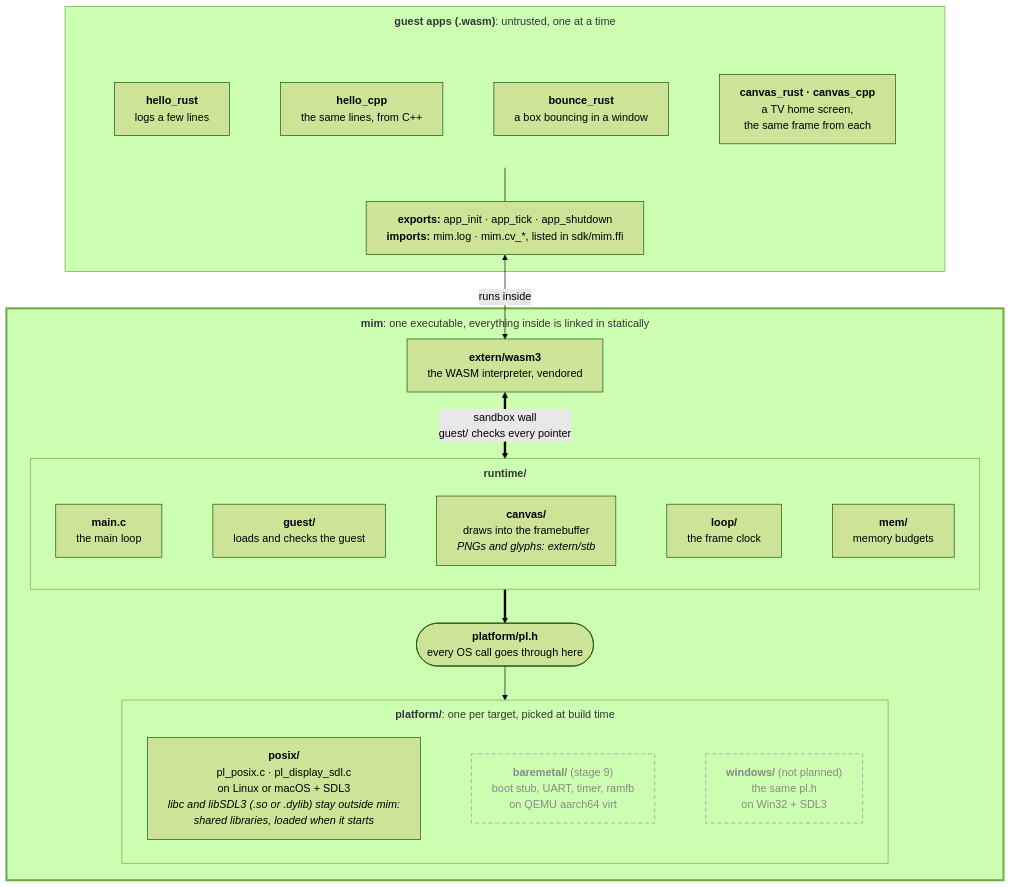
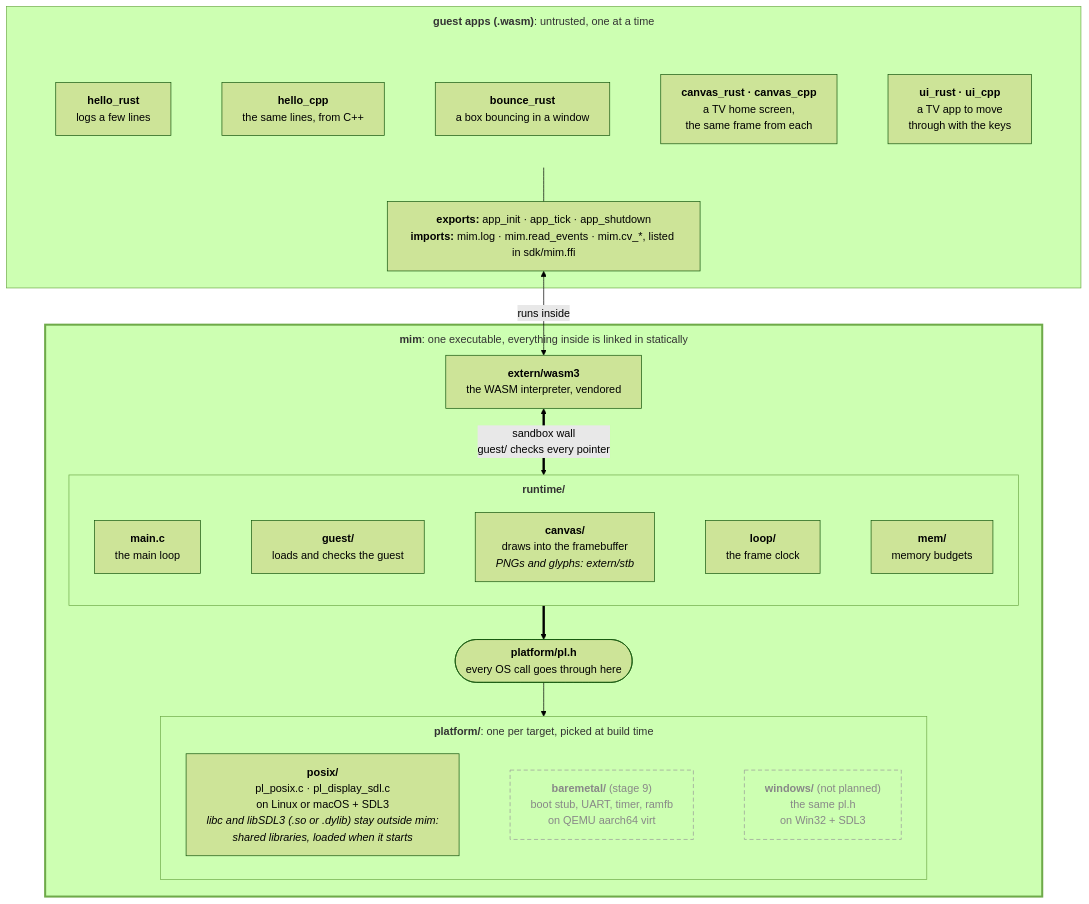
The first of 3 diagrams in README.md (arinal/mim), drawn with Mermaid (forest theme) before and after one commit. The commit also changed other lines of this file and 32 other files, not shown here.

````diff
--- a/README.md
+++ b/README.md
@@ -17,53 +17,54 @@
 ```mermaid
 %%{init: {"flowchart": {"wrappingWidth": 400, "subGraphTitleMargin": {"top": 10, "bottom": 10}}}}%%
 flowchart TB
     accTitle: How MIM fits together
-    accDescr: Everything except the guest apps is one executable, mim; on Linux it loads libc and libSDL3 as shared libraries. Five untrusted WASM guest apps (hello_rust, hello_cpp, bounce_rust, and canvas_rust and canvas_cpp), loaded one at a time, run inside the wasm3 interpreter. Their imports reach the runtime's guest loader, which checks every pointer and passes drawing calls to the canvas, which draws into the framebuffer, using stb for PNGs and glyphs. The runtime reaches the OS only through platform/pl.h. Linux implements it today; bare metal in QEMU is planned for stage 9, and Windows is not planned.
+    accDescr: Everything except the guest apps is one executable, mim; on Linux it loads libc and libSDL3 as shared libraries. Seven untrusted WASM guest apps (hello_rust, hello_cpp, bounce_rust, canvas_rust and canvas_cpp, and ui_rust and ui_cpp), loaded one at a time, run inside the wasm3 interpreter. Their imports reach the runtime's guest loader, which checks every pointer and passes drawing calls to the canvas, which draws into the framebuffer, using stb for PNGs and glyphs. The runtime reaches the OS only through platform/pl.h. Linux implements it today; bare metal in QEMU is planned for stage 9, and Windows is not planned.
 
     subgraph apps["<b>guest apps (.wasm)</b>: untrusted, one at a time"]
         subgraph list[" "]
             direction LR
             hello_rust["<b>hello_rust</b><br/>logs a few lines"]
             hello_cpp["<b>hello_cpp</b><br/>the same lines, from C++"]
             bounce_rust["<b>bounce_rust</b><br/>a box bouncing in a window"]
             demo["<b>canvas_rust · canvas_cpp</b><br/>a TV home screen,<br/>the same frame from each"]
-            hello_rust ~~~ hello_cpp ~~~ bounce_rust ~~~ demo
+            ui["<b>ui_rust · ui_cpp</b><br/>a TV app to move<br/>through with the keys"]
+            hello_rust ~~~ hello_cpp ~~~ bounce_rust ~~~ demo ~~~ ui
         end
-        abi["<b>exports:</b> app_init · app_tick · app_shutdown<br/><b>imports:</b> mim.log · mim.cv_*, listed in sdk/mim.ffi"]
+        abi["<b>exports:</b> app_init · app_tick · app_shutdown<br/><b>imports:</b> mim.log · mim.read_events · mim.cv_*, listed in sdk/mim.ffi"]
         list --- abi
     end
 
     subgraph mim["<b>mim</b>: one executable, everything inside is linked in statically"]
         wasm3["<b>extern/wasm3</b><br/>the WASM interpreter, vendored"]
 
         subgraph runtime["<b>runtime/</b>"]
             direction LR
             main["<b>main.c</b><br/>the main loop"]
             loader["<b>guest/</b><br/>loads and checks the guest"]
             canvas["<b>canvas/</b><br/>draws into the framebuffer<br/><i>PNGs and glyphs: extern/stb</i>"]
             loop["<b>loop/</b><br/>the frame clock"]
             mem["<b>mem/</b><br/>memory budgets"]
             main ~~~ loader ~~~ canvas ~~~ loop ~~~ mem
         end
 
         pl(["<b>platform/pl.h</b><br/>every OS call goes through here"])
 
         subgraph platforms["<b>platform/</b>: one per target, picked at build time"]
             direction LR
             posix["<b>posix/</b><br/>pl_posix.c · pl_display_sdl.c<br/>on Linux or macOS + SDL3<br/><i>libc and libSDL3 (.so or .dylib) stay outside mim:<br/>shared libraries, loaded when it starts</i>"]
             baremetal["<b>baremetal/</b> (stage 9)<br/>boot stub, UART, timer, ramfb<br/>on QEMU aarch64 virt"]
             windows["<b>windows/</b> (not planned)<br/>the same pl.h<br/>on Win32 + SDL3"]
             posix ~~~ baremetal ~~~ windows
         end
     end
 
     abi <-- "runs inside" --> wasm3
     wasm3 <== "sandbox wall<br/>guest/ checks every pointer" ==> runtime
     runtime ==> pl
     pl --> platforms
 
     classDef planned fill:none,stroke:#999,stroke-dasharray:6 4,color:#888
     class baremetal,windows planned
     style mim stroke-width:3px
     style list fill:none,stroke:none
 ```
````
